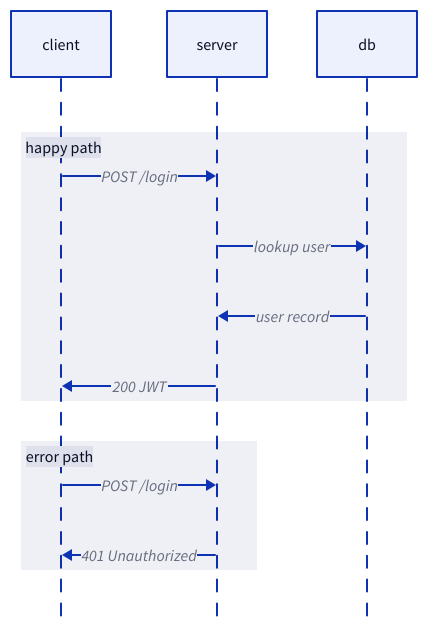
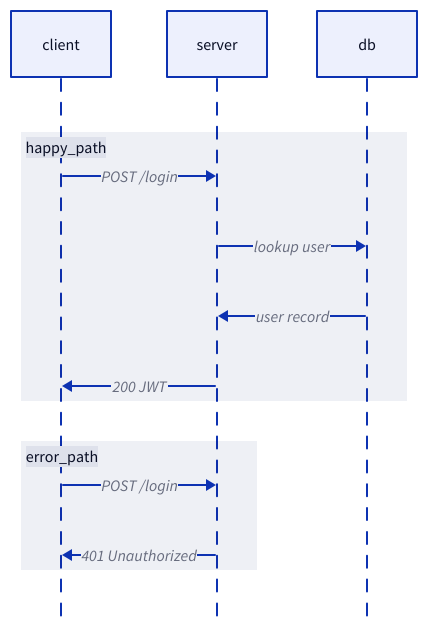
One commit to eamazaj/claude-toolshed changed the second of 4 diagrams in plugins/d2/skills/d2/specialists/d2-sequence.md. Above: the diagram before and after it, drawn with D2. The commit also changed other lines of this file and 7 other files, not shown here.

First line of the commit message:
feat(d2): redesign plugin as diagram composition system

````diff
--- a/plugins/d2/skills/d2/specialists/d2-sequence.md
+++ b/plugins/d2/skills/d2/specialists/d2-sequence.md
@@ -108,20 +38,19 @@
 ```d2
 shape: sequence_diagram
 
-# Pre-declare actors when using groups
 client
 server
 db
 
-happy path: {
+happy_path: {
   client -> server: "POST /login"
   server -> db: lookup user
   db -> server: user record
   server -> client: "200 JWT"
 }
 
-error path: {
+error_path: {
   client -> server: "POST /login"
   server -> client: "401 Unauthorized"
 }
 ```
````
